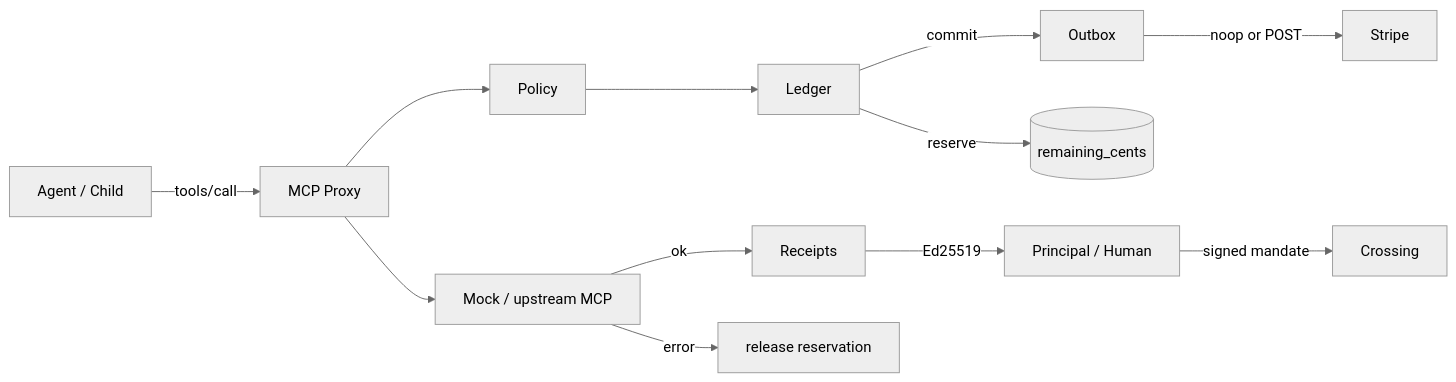
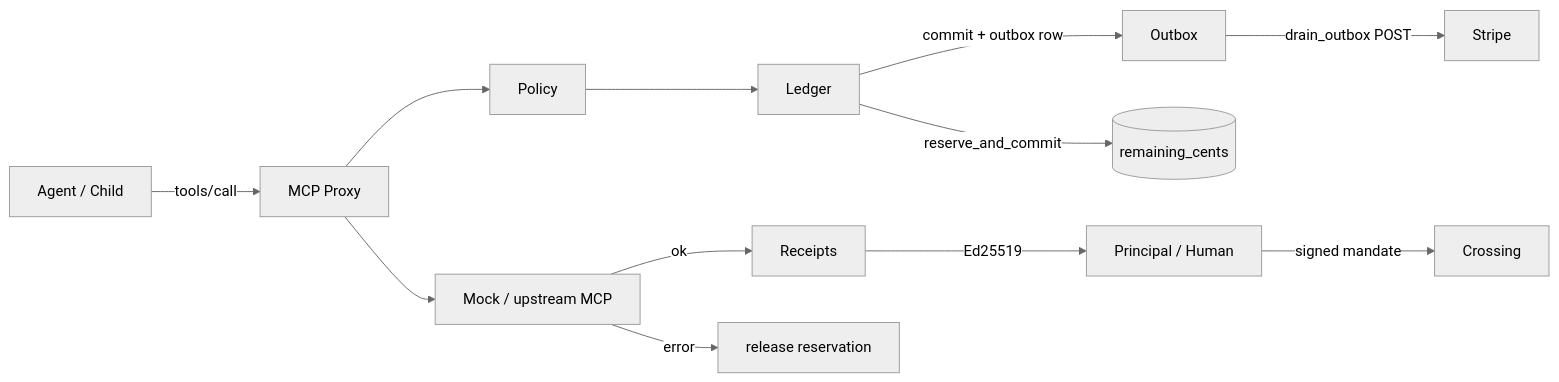
One commit to dakotalock/the-crossing changed the diagram in README.md. Above: the diagram before and after it, drawn with Mermaid (neutral theme). The commit also changed other lines of this file, not shown here.

Commit message:
Close trust-anchor, mint, reserve, and outbox holes

````diff
--- a/README.md
+++ b/README.md
@@ -21,14 +23,14 @@
 ```mermaid
 flowchart LR
   Human[Principal / Human] -->|signed mandate| Crossing
   Agent[Agent / Child] -->|tools/call| Proxy
   Proxy[MCP Proxy] --> Policy
   Policy --> Ledger
-  Ledger -->|reserve| Budget[(remaining_cents)]
+  Ledger -->|reserve_and_commit| Budget[(remaining_cents)]
   Proxy --> MCP[Mock / upstream MCP]
   MCP -->|ok| Receipts
   Receipts -->|Ed25519| Human
-  Ledger -->|commit| Outbox
-  Outbox -->|noop or POST| Stripe
+  Ledger -->|commit + outbox row| Outbox
+  Outbox -->|drain_outbox POST| Stripe
   MCP -->|error| Release[release reservation]
 ```
````
